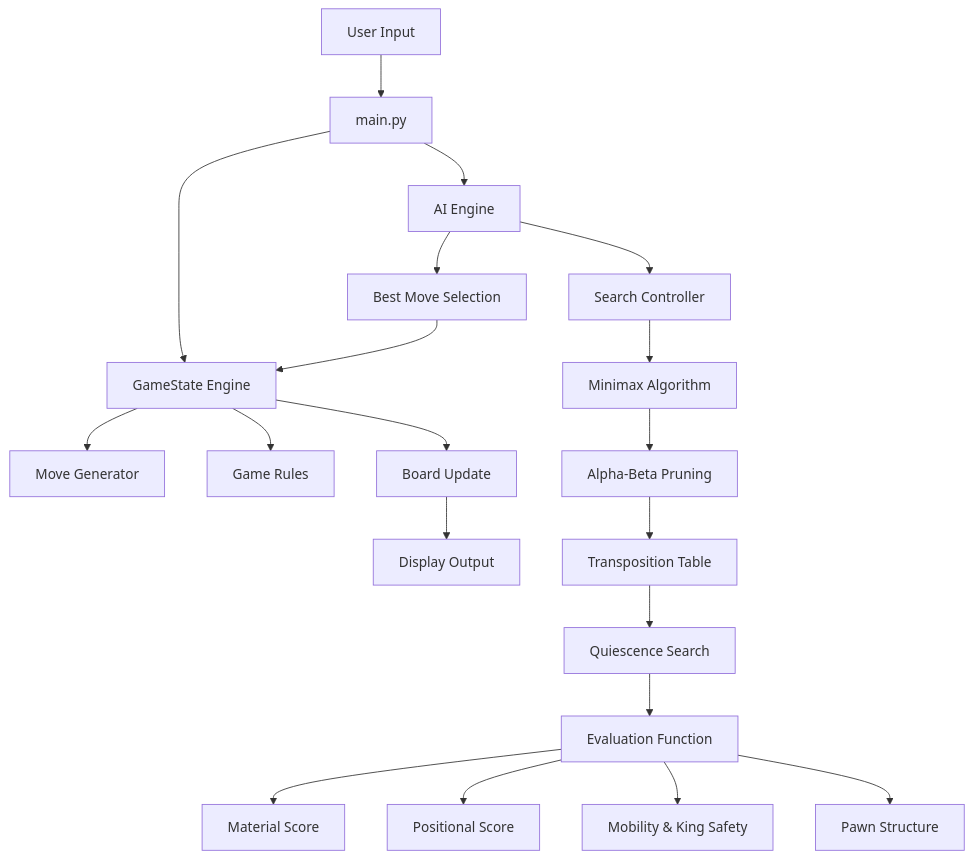
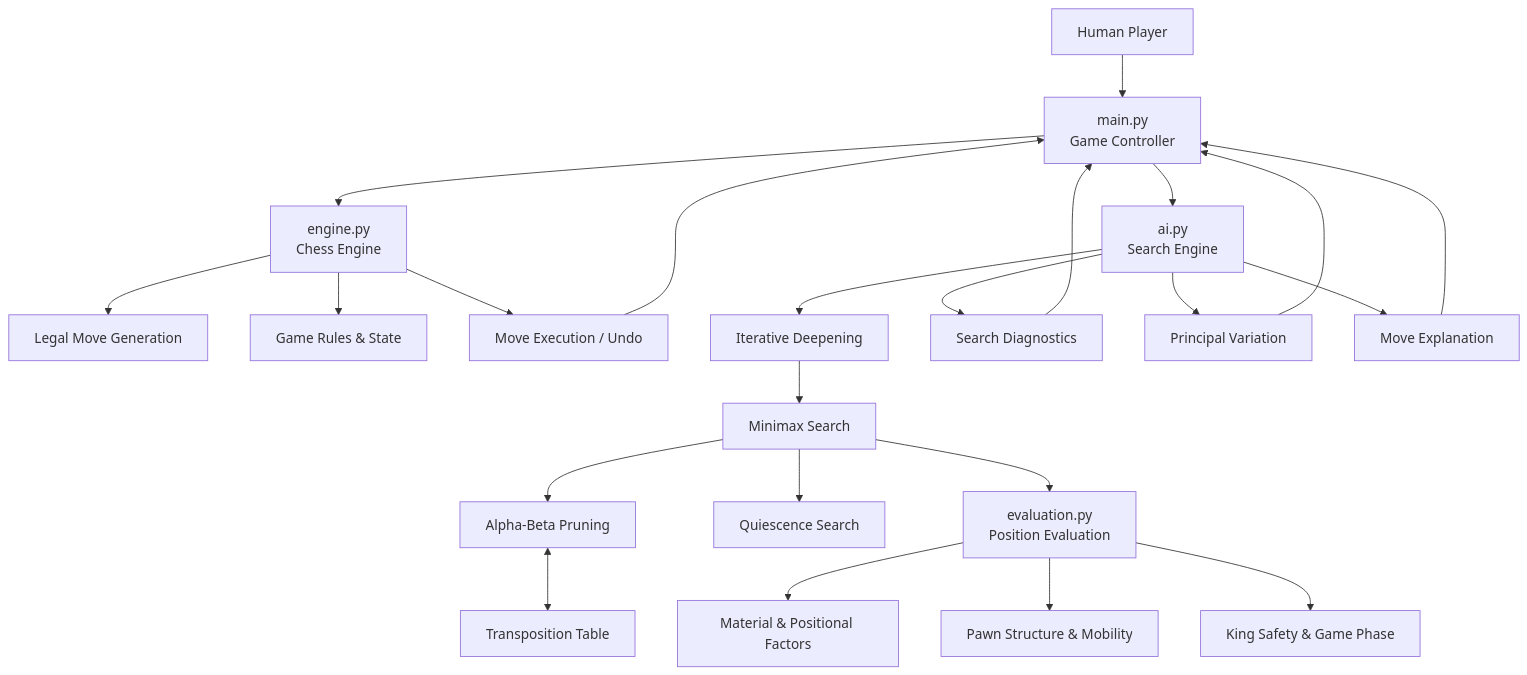
One commit to Nomusa990822/Chess-AI changed the first of 2 diagrams in README.md. Above: the diagram before and after it, drawn with Mermaid. The commit also changed other lines of this file, not shown here.

````diff
--- a/README.md
+++ b/README.md
@@ -103,33 +127,33 @@
 ```mermaid
 flowchart TD
-    A[User Input] --> B[main.py]
+    A["Human Player"] --> B["main.py<br/>Game Controller"]
 
-    B --> C[GameState Engine]
-    B --> D[AI Engine]
+    B --> C["engine.py<br/>Chess Engine"]
+    B --> D["ai.py<br/>Search Engine"]
 
-    %% Engine Layer
-    C --> C1[Move Generator]
-    C --> C2[Game Rules]
-    C --> C3[Board Update]
+    C --> E["Legal Move Generation"]
+    C --> F["Game Rules & State"]
+    C --> G["Move Execution / Undo"]
 
-    C3 --> C4[Display Output]
+    D --> H["Iterative Deepening"]
+    H --> I["Minimax Search"]
+    I --> J["Alpha-Beta Pruning"]
 
-    %% AI Layer
-    D --> D1[Best Move Selection]
-    D --> D2[Search Controller]
+    J <--> K["Transposition Table"]
+    I --> L["Quiescence Search"]
 
-    D2 --> D3[Minimax Algorithm]
-    D3 --> D4[Alpha-Beta Pruning]
-    D4 --> D5[Transposition Table]
-    D5 --> D6[Quiescence Search]
-    D6 --> D7[Evaluation Function]
+    I --> M["evaluation.py<br/>Position Evaluation"]
 
-    %% Evaluation Layer
-    D7 --> E1[Material Score]
-    D7 --> E2[Positional Score]
-    D7 --> E3[Mobility & King Safety]
-    D7 --> E4[Pawn Structure]
+    M --> N["Material & Positional Factors"]
+    M --> O["Pawn Structure & Mobility"]
+    M --> P["King Safety & Game Phase"]
 
-    %% Feedback Loop
-    D1 --> C
+    D --> Q["Search Diagnostics"]
+    D --> R["Principal Variation"]
+    D --> S["Move Explanation"]
+
+    Q --> B
+    R --> B
+    S --> B
+    G --> B
 ```
````
